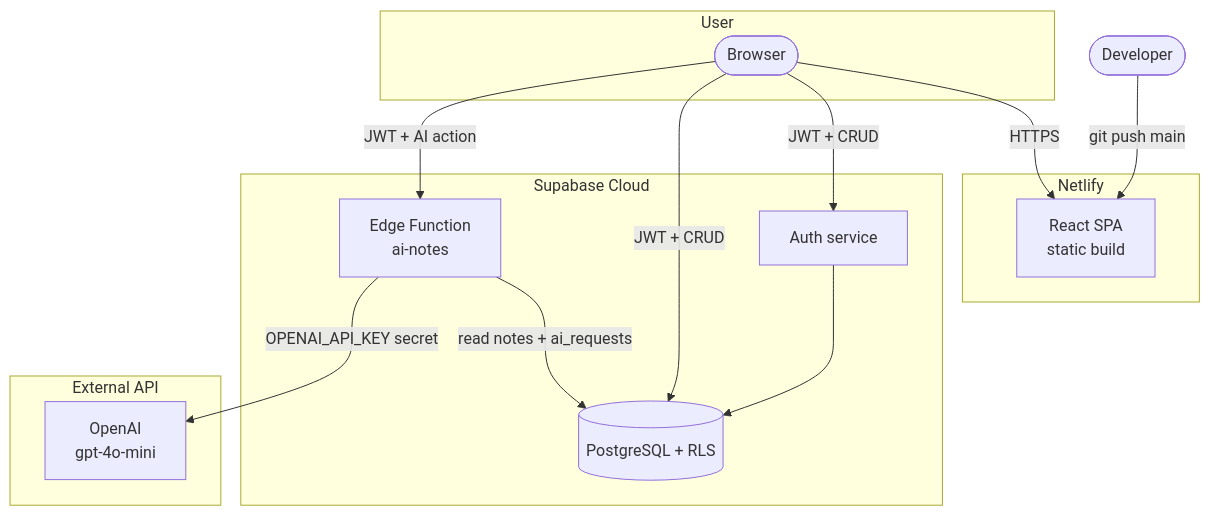
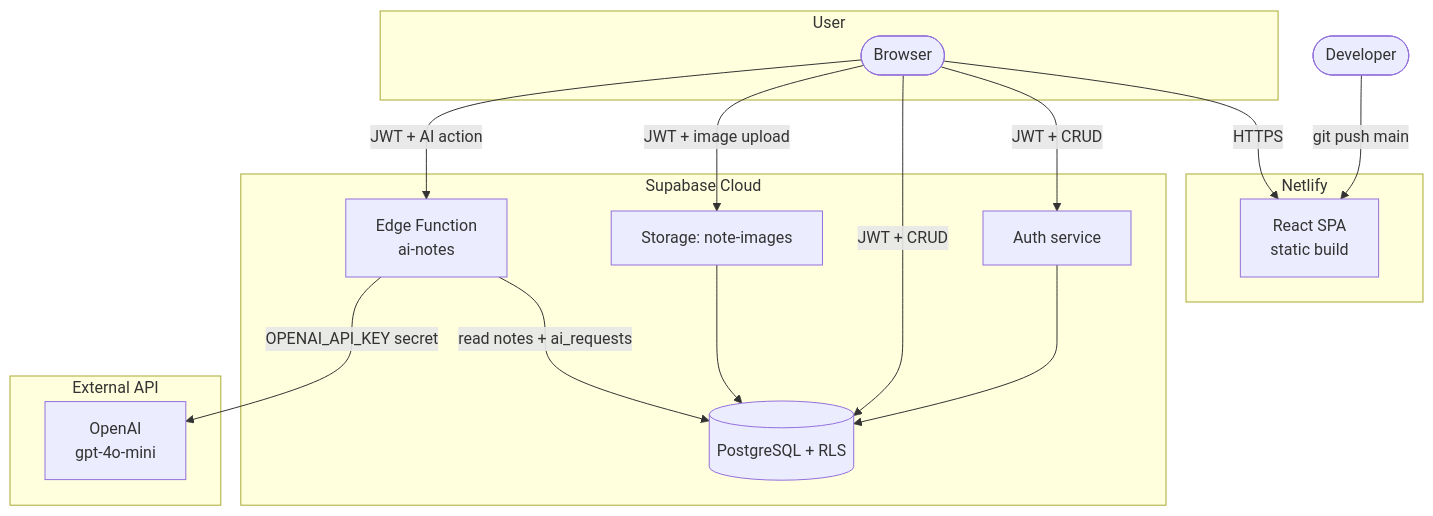
One commit to Angelica-Vides/Lumenote changed diagram 11 of 18 in DIAGRAMS.md. Above: the diagram before and after it, drawn with Mermaid. The commit also changed other lines of this file and 4 other files, not shown here.

First line of the commit message:
docs: sync planning and diagrams with current app architecture

````diff
--- a/DIAGRAMS.md
+++ b/DIAGRAMS.md
@@ -209,29 +229,32 @@
 ```mermaid
 flowchart TB
     subgraph User["User"]
         BROWSER([Browser])
     end
 
     subgraph Netlify["Netlify"]
         SPA[React SPA<br/>static build]
     end
 
     subgraph SupabaseCloud["Supabase Cloud"]
         SAUTH[Auth service]
         PG[(PostgreSQL + RLS)]
+        STOR[Storage: note-images]
         FN[Edge Function<br/>ai-notes]
     end
 
     subgraph External["External API"]
         OAI[OpenAI<br/>gpt-4o-mini]
     end
 
     DEV([Developer]) -->|git push main| SPA
     BROWSER -->|HTTPS| SPA
     BROWSER -->|JWT + CRUD| SAUTH
     BROWSER -->|JWT + CRUD| PG
+    BROWSER -->|JWT + image upload| STOR
     BROWSER -->|JWT + AI action| FN
     FN -->|read notes + ai_requests| PG
     FN -->|OPENAI_API_KEY secret| OAI
+    STOR --> PG
     SAUTH --> PG
 ```
````
